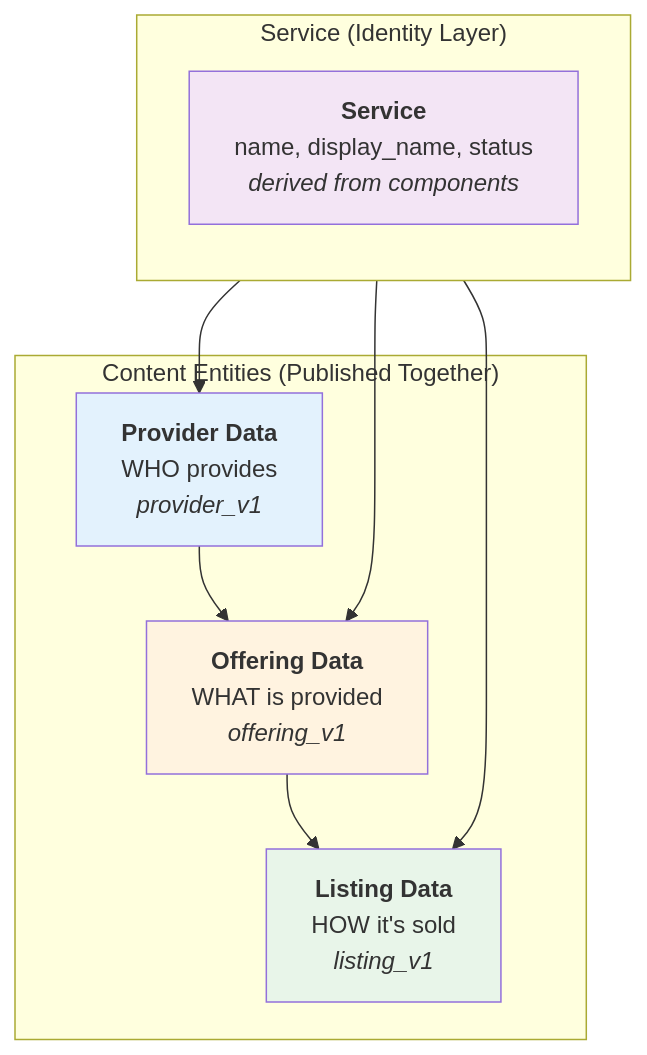
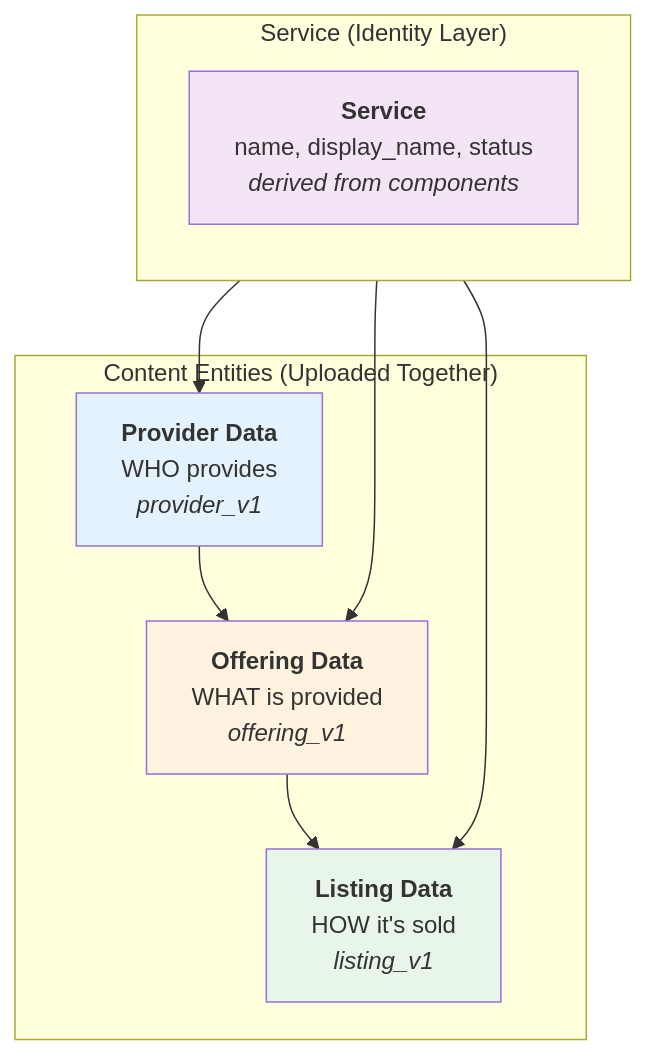
Before and after one commit to unitysvc/unitysvc-services: the diagram in README.md, drawn with Mermaid. The commit also changed other lines of this file and 19 other files, not shown here.

````diff
--- a/README.md
+++ b/README.md
@@ -57,21 +58,21 @@
 ```mermaid
 flowchart TB
     subgraph Service["Service (Identity Layer)"]
         direction TB
         S["<b>Service</b><br/>name, display_name, status<br/><i>derived from components</i>"]
     end
 
-    subgraph Content["Content Entities (Published Together)"]
+    subgraph Content["Content Entities (Uploaded Together)"]
         P["<b>Provider Data</b><br/>WHO provides<br/><i>provider_v1</i>"]
         O["<b>Offering Data</b><br/>WHAT is provided<br/><i>offering_v1</i>"]
         L["<b>Listing Data</b><br/>HOW it's sold<br/><i>listing_v1</i>"]
     end
 
     S --> P & O & L
     P --> O --> L
 
     style S fill:#f3e5f5
     style P fill:#e3f2fd
     style O fill:#fff3e0
     style L fill:#e8f5e9
 ```
````
